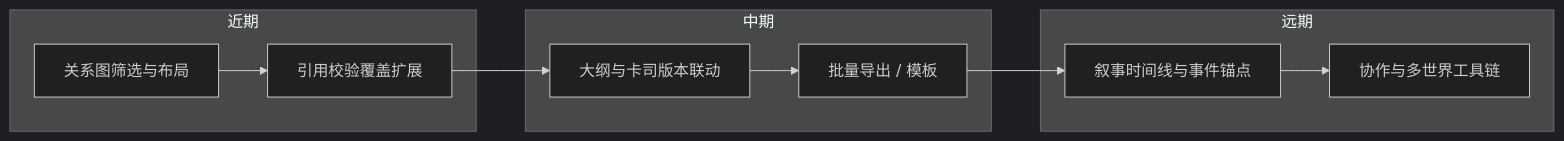
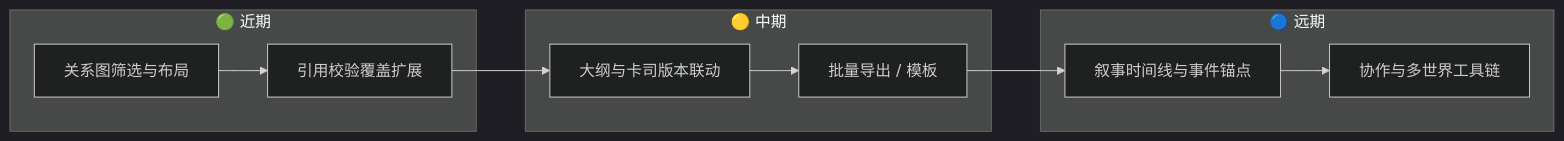
One commit to Lucas-Wang-THU/Magic_Creater_World changed the fourth of 4 diagrams in README.md. Above: the diagram before and after it, drawn with Mermaid (dark theme). The commit also changed other lines of this file and 16 other files, not shown here.

````diff
--- a/README.md
+++ b/README.md
@@ -195,20 +419,16 @@
 ```mermaid
 flowchart LR
-  subgraph 近期["近期"]
+  subgraph 近期["🟢 近期"]
     A1[关系图筛选与布局]
     A2[引用校验覆盖扩展]
   end
-  subgraph 中期["中期"]
+  subgraph 中期["🟡 中期"]
     B1[大纲与卡司版本联动]
     B2[批量导出 / 模板]
   end
-  subgraph 远期["远期"]
+  subgraph 远期["🔵 远期"]
     C1[叙事时间线与事件锚点]
     C2[协作与多世界工具链]
   end
-  A1 --> A2
-  A2 --> B1
-  B1 --> B2
-  B2 --> C1
-  C1 --> C2
+  A1 --> A2 --> B1 --> B2 --> C1 --> C2
 ```
````
